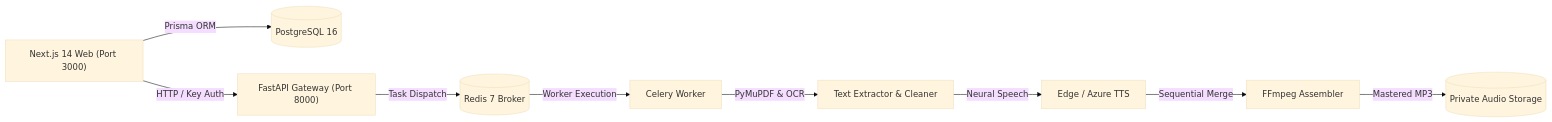
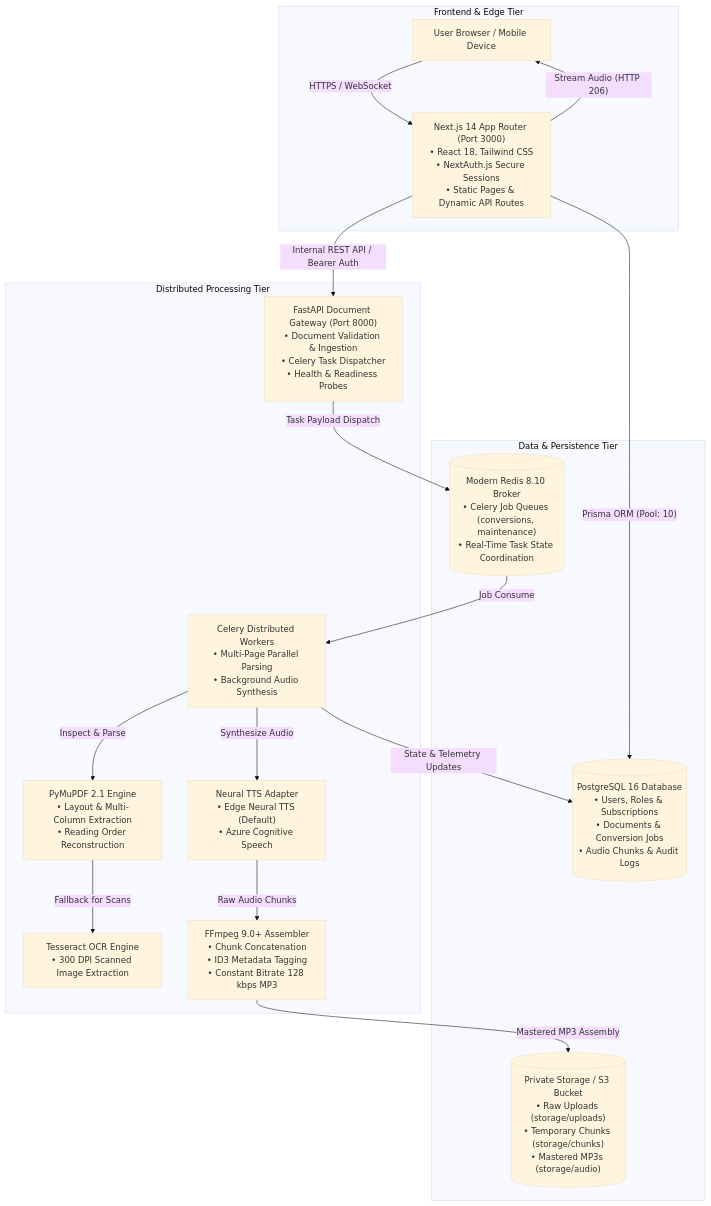
The diagram in README.md (MTLab1122/PDF_file_conversion_to_Audio), drawn with Mermaid (base theme) before and after one commit. The commit also changed other lines of this file and 2 other files, not shown here.

````diff
--- a/README.md
+++ b/README.md
@@ -31,11 +89,35 @@
 ```mermaid
-flowchart LR
-    Client["Next.js 14 Web (Port 3000)"] -->|"Prisma ORM"| DB[("PostgreSQL 16")]
-    Client -->|"HTTP / Key Auth"| API["FastAPI Gateway (Port 8000)"]
-    API -->|"Task Dispatch"| Redis[("Redis 7 Broker")]
-    Redis -->|"Worker Execution"| Worker["Celery Worker"]
-    Worker -->|"PyMuPDF & OCR"| Text["Text Extractor & Cleaner"]
-    Text -->|"Neural Speech"| TTS["Edge / Azure TTS"]
-    TTS -->|"Sequential Merge"| FFmpeg["FFmpeg Assembler"]
-    FFmpeg -->|"Mastered MP3"| Storage[("Private Audio Storage")]
+flowchart TB
+    subgraph ClientLayer["Frontend & Edge Tier"]
+        Browser["User Browser / Mobile Device"]
+        NextWeb["Next.js 14 App Router (Port 3000)\n• React 18, Tailwind CSS\n• NextAuth.js Secure Sessions\n• Static Pages & Dynamic API Routes"]
+    end
+
+    subgraph PersistenceLayer["Data & Persistence Tier"]
+        Postgres[("PostgreSQL 16 Database\n• Users, Roles & Subscriptions\n• Documents & Conversion Jobs\n• Audio Chunks & Audit Logs")]
+        RedisBrok[("Modern Redis 8.10 Broker\n• Celery Job Queues (conversions, maintenance)\n• Real-Time Task State Coordination")]
+        Storage[("Private Storage / S3 Bucket\n• Raw Uploads (storage/uploads)\n• Temporary Chunks (storage/chunks)\n• Mastered MP3s (storage/audio)")]
+    end
+
+    subgraph ProcessingLayer["Distributed Processing Tier"]
+        FastAPI["FastAPI Document Gateway (Port 8000)\n• Document Validation & Ingestion\n• Celery Task Dispatcher\n• Health & Readiness Probes"]
+        CeleryWorker["Celery Distributed Workers\n• Multi-Page Parallel Parsing\n• Background Audio Synthesis"]
+        PyMuPDF["PyMuPDF 2.1 Engine\n• Layout & Multi-Column Extraction\n• Reading Order Reconstruction"]
+        Tesseract["Tesseract OCR Engine\n• 300 DPI Scanned Image Extraction"]
+        TTS["Neural TTS Adapter\n• Edge Neural TTS (Default)\n• Azure Cognitive Speech"]
+        FFmpeg["FFmpeg 9.0+ Assembler\n• Chunk Concatenation\n• ID3 Metadata Tagging\n• Constant Bitrate 128 kbps MP3"]
+    end
+
+    Browser -->|"HTTPS / WebSocket"| NextWeb
+    NextWeb -->|"Prisma ORM (Pool: 10)"| Postgres
+    NextWeb -->|"Internal REST API / Bearer Auth"| FastAPI
+    FastAPI -->|"Task Payload Dispatch"| RedisBrok
+    RedisBrok -->|"Job Consume"| CeleryWorker
+    CeleryWorker -->|"Inspect & Parse"| PyMuPDF
+    PyMuPDF -->|"Fallback for Scans"| Tesseract
+    CeleryWorker -->|"Synthesize Audio"| TTS
+    TTS -->|"Raw Audio Chunks"| FFmpeg
+    FFmpeg -->|"Mastered MP3 Assembly"| Storage
+    CeleryWorker -->|"State & Telemetry Updates"| Postgres
+    NextWeb -->|"Stream Audio (HTTP 206)"| Browser
 ```
````
